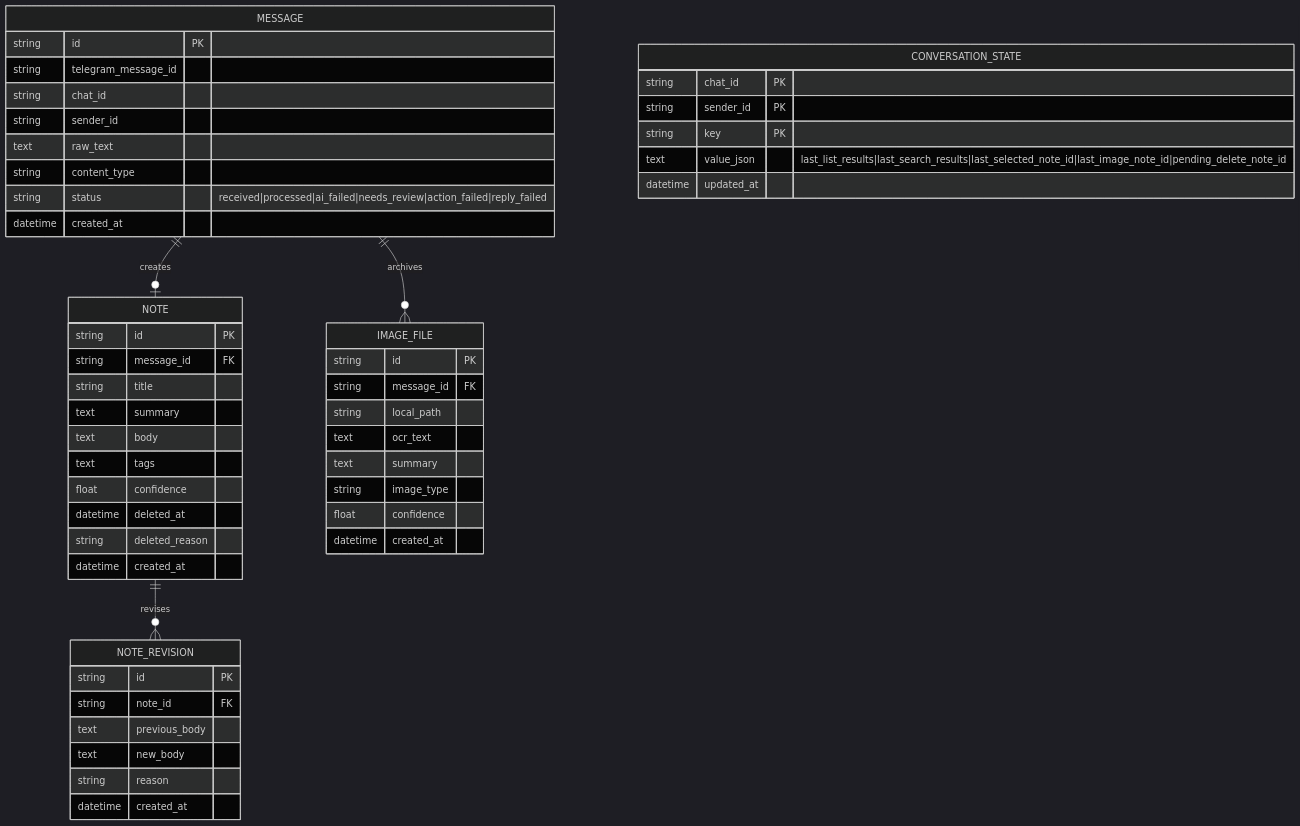
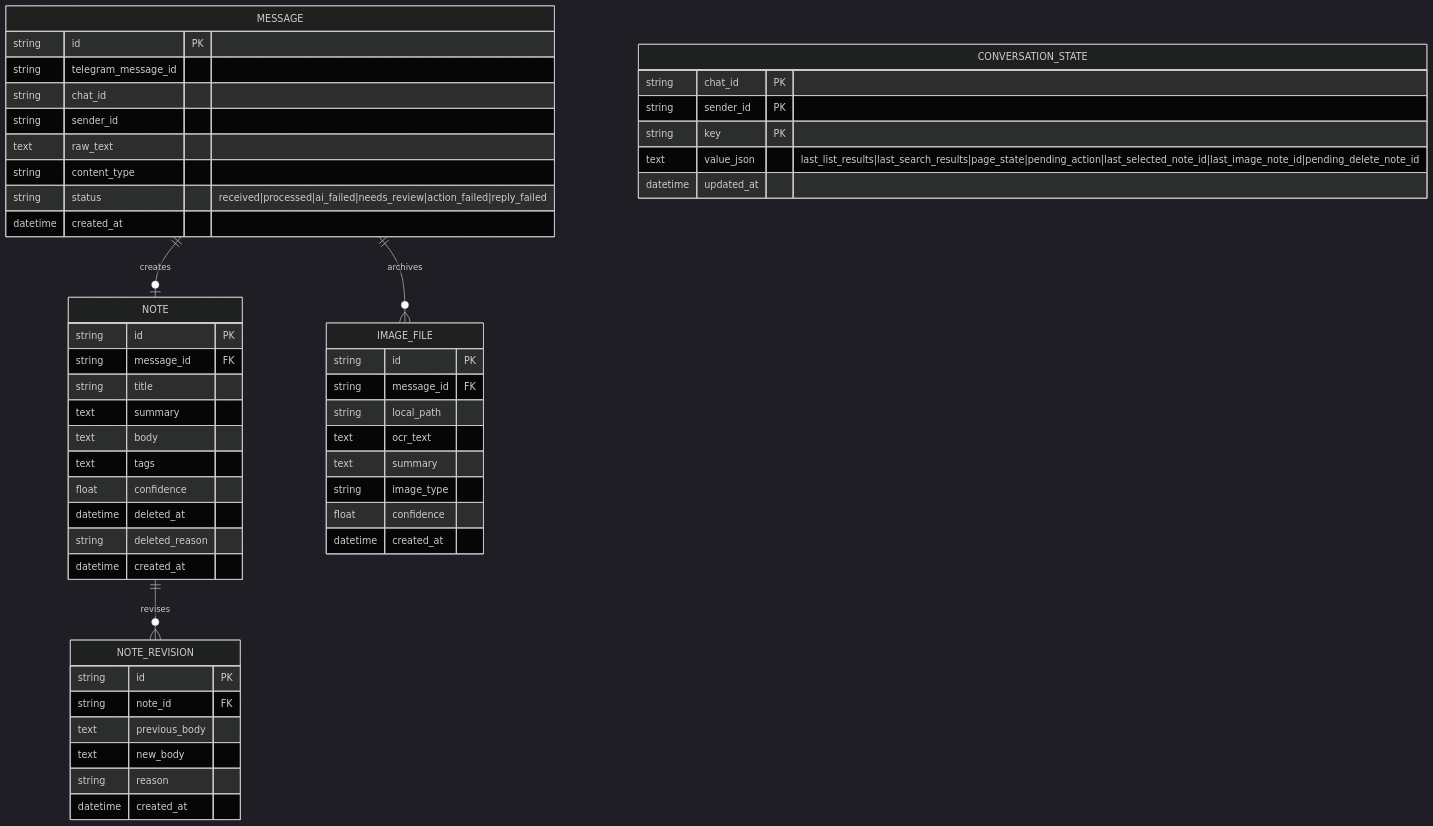
The third of 4 diagrams in docs/ARCHITECTURE.md (Transient-Onlooker/tg-note-agent), drawn with Mermaid (dark theme) before and after one commit. The commit also changed other lines of this file and 7 other files, not shown here.

````diff
--- a/docs/ARCHITECTURE.md
+++ b/docs/ARCHITECTURE.md
@@ -103,58 +120,58 @@
 ```mermaid
 erDiagram
     MESSAGE {
         string id PK
         string telegram_message_id
         string chat_id
         string sender_id
         text raw_text
         string content_type
         string status "received|processed|ai_failed|needs_review|action_failed|reply_failed"
         datetime created_at
     }
 
     NOTE {
         string id PK
         string message_id FK
         string title
         text summary
         text body
         text tags
         float confidence
         datetime deleted_at
         string deleted_reason
         datetime created_at
     }
 
     IMAGE_FILE {
         string id PK
         string message_id FK
         string local_path
         text ocr_text
         text summary
         string image_type
         float confidence
         datetime created_at
     }
 
     CONVERSATION_STATE {
         string chat_id PK
         string sender_id PK
         string key PK
-        text value_json "last_list_results|last_search_results|last_selected_note_id|last_image_note_id|pending_delete_note_id"
+        text value_json "last_list_results|last_search_results|page_state|pending_action|last_selected_note_id|last_image_note_id|pending_delete_note_id"
         datetime updated_at
     }
 
     NOTE_REVISION {
         string id PK
         string note_id FK
         text previous_body
         text new_body
         string reason
         datetime created_at
     }
 
     MESSAGE ||--o| NOTE : creates
     MESSAGE ||--o{ IMAGE_FILE : archives
     NOTE ||--o{ NOTE_REVISION : revises
 ```
````
